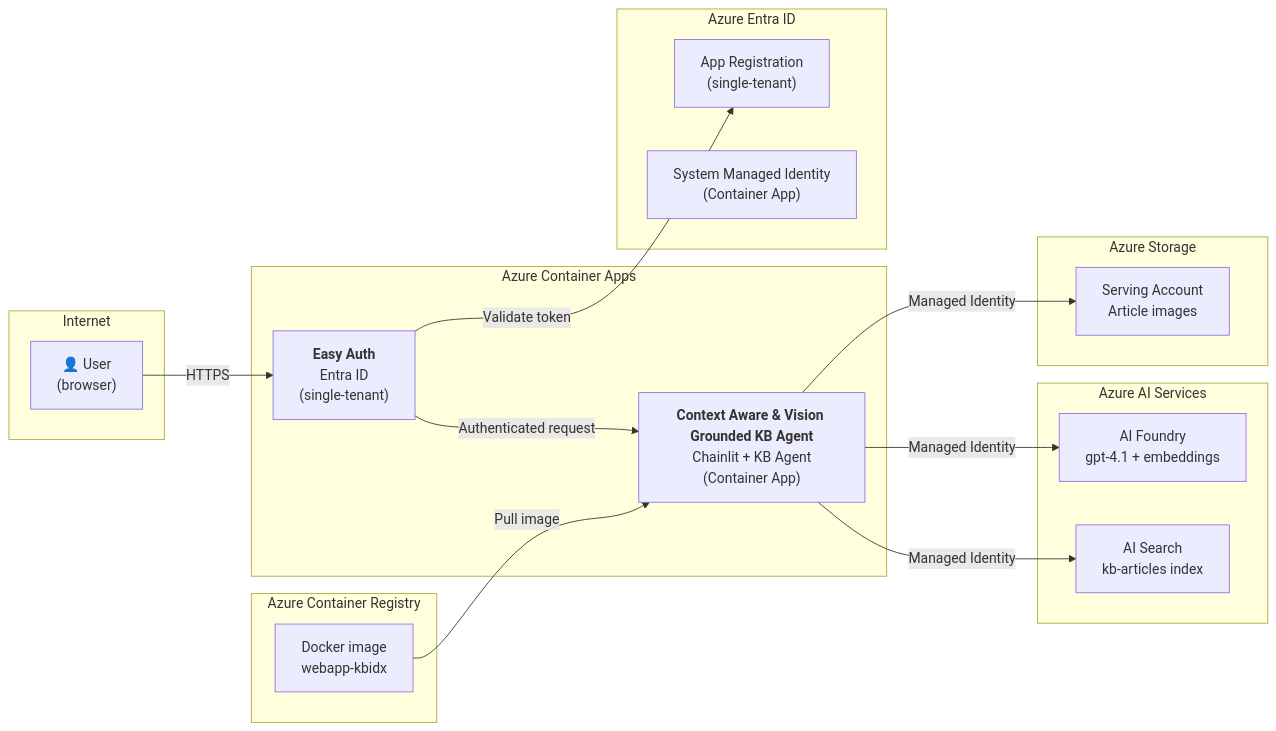
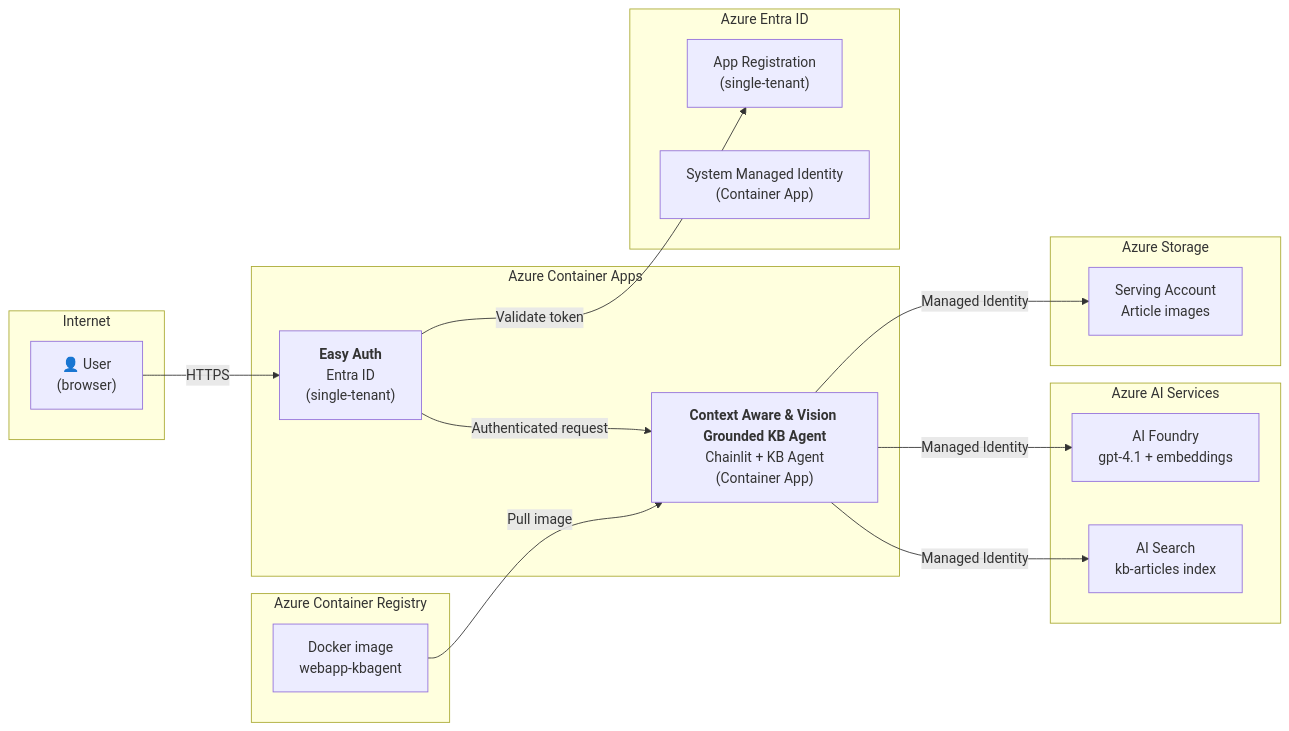
Before and after one commit to aldelar/azure-knowledge-base-ingestion: the diagram in docs/epics/003-web-app-azure-deployment.md, drawn with Mermaid. The commit also changed other lines of this file and 22 other files, not shown here.

````diff
--- a/docs/epics/003-web-app-azure-deployment.md
+++ b/docs/epics/003-web-app-azure-deployment.md
@@ -25,37 +25,37 @@
 ```mermaid
 flowchart LR
     subgraph Internet
         USER["👤 User<br/>(browser)"]
     end
 
     subgraph ACA["Azure Container Apps"]
         AUTH["<b>Easy Auth</b><br/>Entra ID<br/>(single-tenant)"]
         APP["<b>Context Aware & Vision Grounded KB Agent</b><br/>Chainlit + KB Agent<br/>(Container App)"]
     end
 
     subgraph Registry["Azure Container Registry"]
-        IMG["Docker image<br/>webapp-kbidx"]
+        IMG["Docker image<br/>webapp-kbagent"]
     end
 
     subgraph AI["Azure AI Services"]
         AF["AI Foundry<br/>gpt-4.1 + embeddings"]
         AIS["AI Search<br/>kb-articles index"]
     end
 
     subgraph Storage["Azure Storage"]
         BLOB["Serving Account<br/>Article images"]
     end
 
     subgraph Identity["Azure Entra ID"]
         APPREG["App Registration<br/>(single-tenant)"]
         MI["System Managed Identity<br/>(Container App)"]
     end
 
     USER -->|HTTPS| AUTH
     AUTH -->|Validate token| APPREG
     AUTH -->|Authenticated request| APP
     IMG -->|Pull image| APP
     APP -->|Managed Identity| AF
     APP -->|Managed Identity| AIS
     APP -->|Managed Identity| BLOB
 ```
````
